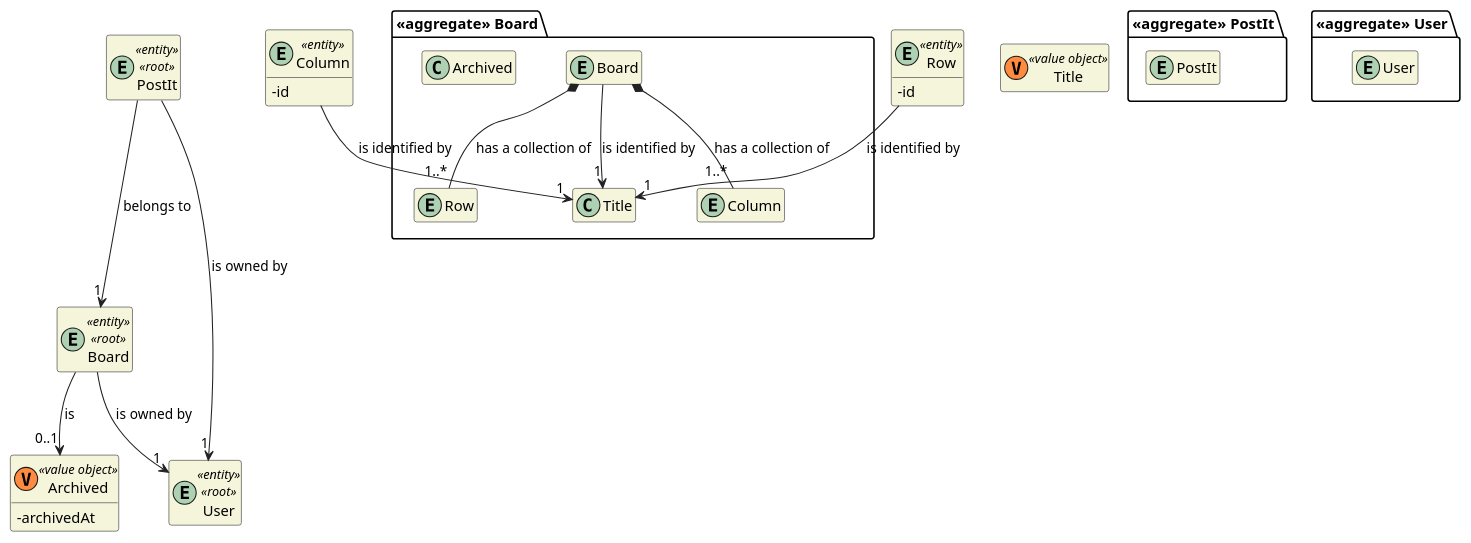
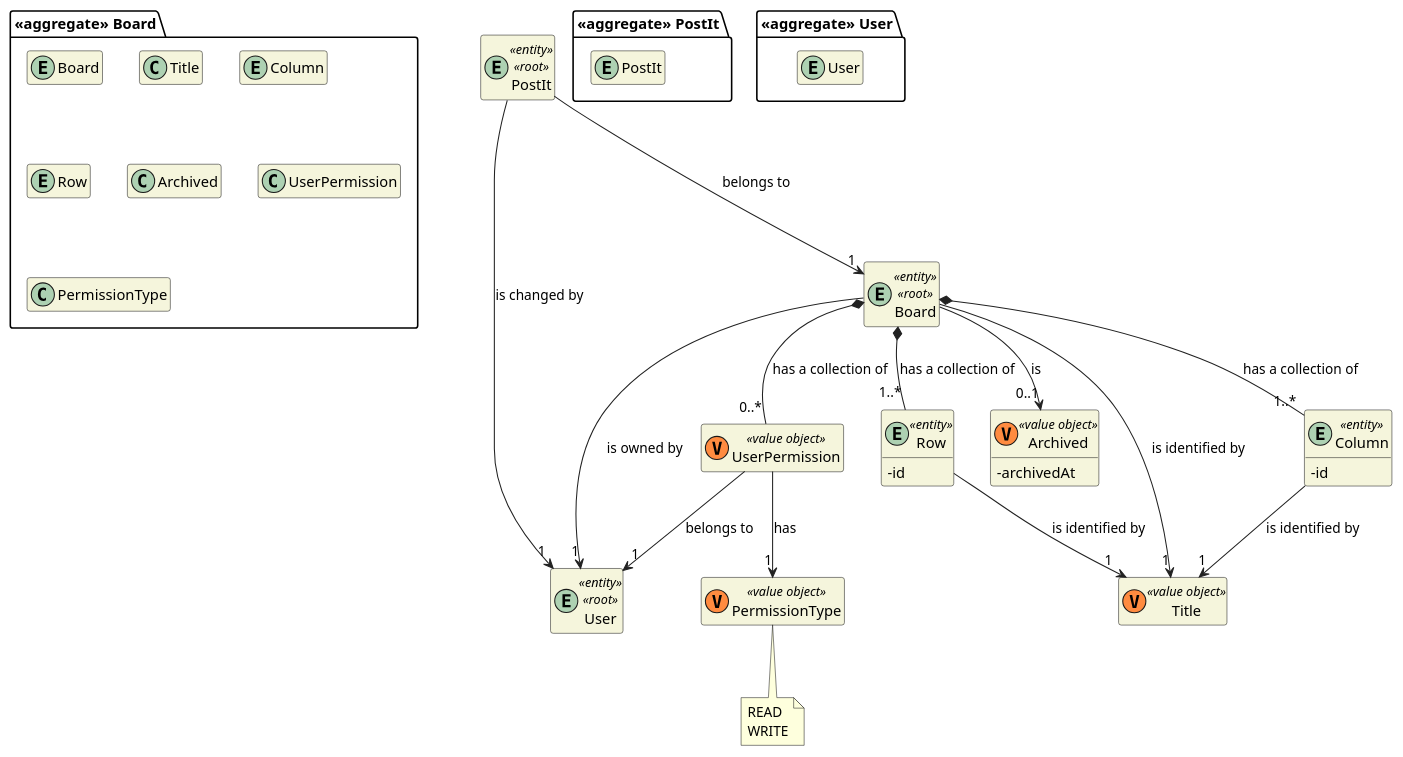
One commit to miseEnPlace-dev/lapr4 changed the diagram in docs/DM/DM_Board.puml. Above: the diagram before and after it, drawn with PlantUML. The commit also changed 20 other files, not shown here.

```diff
--- a/docs/DM/DM_Board.puml
+++ b/docs/DM/DM_Board.puml
@@ -1,65 +1,84 @@
 @startuml DM-BOARD
 'https://plantuml.com/class-diagram
 
 skinparam classAttributeIconSize 0
 hide empty attributes
 hide empty methods
 skinparam classBackgroundColor beige
 skinparam ArrowColor #222222
 
 package "<<aggregate>> Board" {
     entity Board
 
     class Title
     entity Column
     entity Row
 
     class Archived
+
+    class UserPermission
+
+    class PermissionType
 }
 
 package "<<aggregate>> PostIt" {
     entity PostIt
 }
 
 package "<<aggregate>> User" {
     entity User
 }
 
 entity PostIt <<entity>> <<root>> {
 }
 
 entity User <<entity>> <<root>> {
 }
 
-Board --> "1" Title : is identified by
-Board *-- "1..*" Column : has a collection of
-Board *-- "1..*" Row : has a collection of
-
 entity Board <<entity>> <<root>> {
 }
 
 entity Column <<entity>> {
   - id
 }
 
-Column --> "1" Title : is identified by
-
 entity Row <<entity>> {
   - id
 }
-
-Row --> "1" Title : is identified by
 
 class Title <<(V,#FF8B40) value object>> {}
 
 class Archived <<(V,#FF8B40) value object>> {
   - archivedAt
 }
 
+class UserPermission <<(V,#FF8B40) value object>> {
+}
+
+class PermissionType <<(V,#FF8B40) value object>> {
+}
+
+note bottom of PermissionType
+    READ
+    WRITE
+end note
+
+Board --> "1" Title : is identified by
+Board *-- "1..*" Column : has a collection of
+Board *-- "1..*" Row : has a collection of
+Board *-- "0..*" UserPermission : has a collection of
+
+UserPermission --> "1" PermissionType : has
+UserPermission --> "1" User : belongs to
+
+Row --> "1" Title : is identified by
+
+Column --> "1" Title : is identified by
+
 Board --> "1" User : is owned by
 Board --> "0..1" Archived : is
 
-PostIt ---> "1" User : is owned by
+PostIt ---> "1" User : is changed by
 PostIt ---> "1" Board : belongs to
 
 @enduml
```
